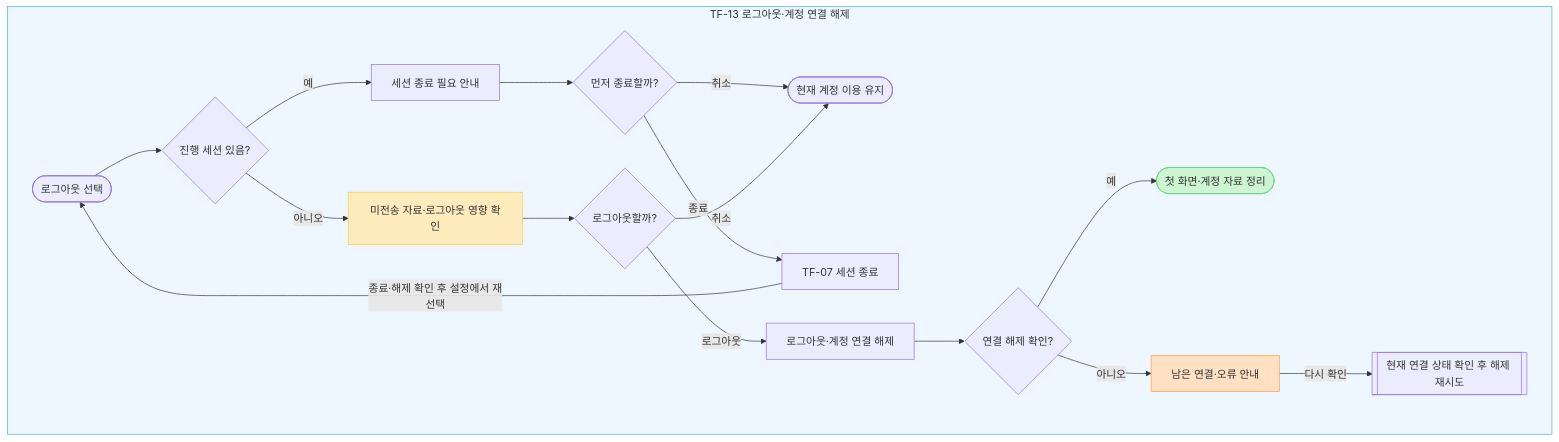
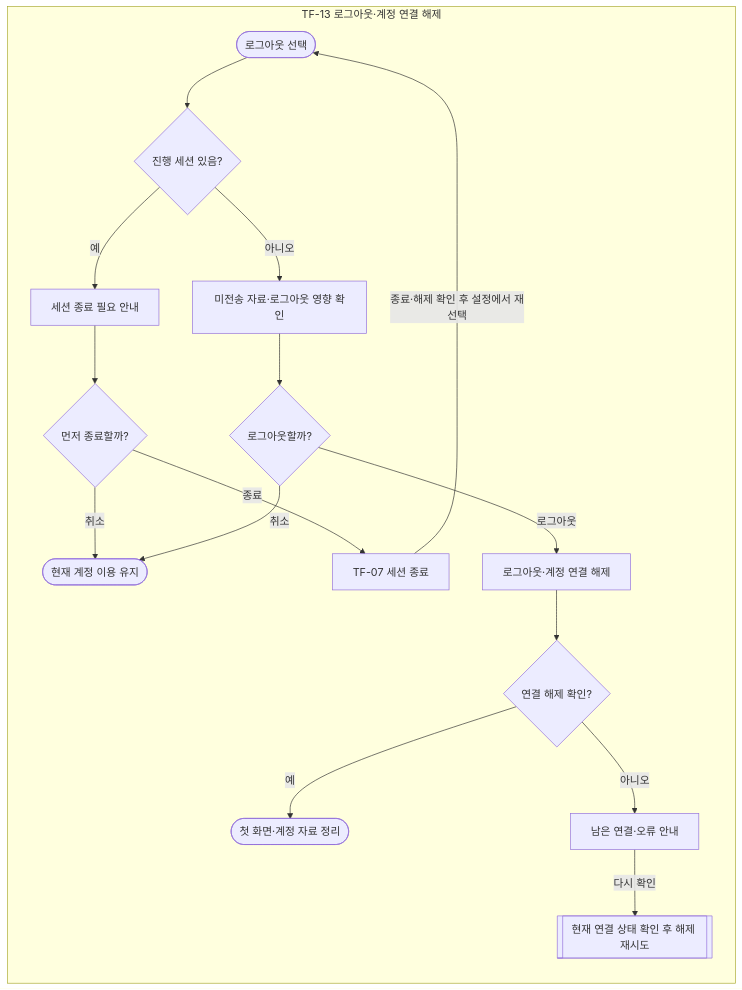
Diagram 13 of 13 in docs/design/01_UX_기능설계/FOCURVE_Task_Flow_v1.0.md (kdu-sw-capstone/capstone-project), drawn with Mermaid before and after one commit. The commit also changed other lines of this file and 34 other files, not shown here.

````diff
--- a/docs/design/01_UX_기능설계/FOCURVE_Task_Flow_v1.0.md
+++ b/docs/design/01_UX_기능설계/FOCURVE_Task_Flow_v1.0.md
@@ -763,36 +722,33 @@
 ```mermaid
 flowchart TB
 subgraph taskThirteen["TF-13 로그아웃·계정 연결 해제"]
+    direction TB
 logoutOpen(["로그아웃 선택"])
 logoutActive{"진행 세션 있음?"}
 logoutStop["세션 종료 필요 안내"]
 logoutStopChoice{"먼저 종료할까?"}
 logoutEnd["TF-07 세션 종료"]
 logoutImpact["미전송 자료·로그아웃 영향 확인"]
 logoutConfirm{"로그아웃할까?"}
 logoutRequest["로그아웃·계정 연결 해제"]
 logoutOk{"연결 해제 확인?"}
 logoutError["남은 연결·오류 안내"]
 logoutDone(["첫 화면·계정 자료 정리"])
 logoutStay(["현재 계정 이용 유지"])
 logoutOpen --> logoutActive
 logoutActive -->|"예"| logoutStop
 logoutStop --> logoutStopChoice
 logoutStopChoice -->|"취소"| logoutStay
 logoutStopChoice -->|"종료"| logoutEnd
 logoutEnd -->|"종료·해제 확인 후 설정에서 재선택"| logoutOpen
 logoutActive -->|"아니오"| logoutImpact
 logoutImpact --> logoutConfirm
 logoutConfirm -->|"취소"| logoutStay
 logoutConfirm -->|"로그아웃"| logoutRequest
 logoutRequest --> logoutOk
 logoutOk -->|"예"| logoutDone
 logoutOk -->|"아니오"| logoutError
 logoutError -->|"다시 확인"| logoutRetry
 logoutRetry[["현재 연결 상태 확인 후 해제 재시도"]]
 end
-style taskThirteen fill:#EEF6FF,stroke:#3DADFF
-style logoutImpact fill:#FFECBD,stroke:#FFC943
-style logoutError fill:#FFE0C2,stroke:#FF9E42
-style logoutDone fill:#CDF4D3,stroke:#66D575
 ```
````
